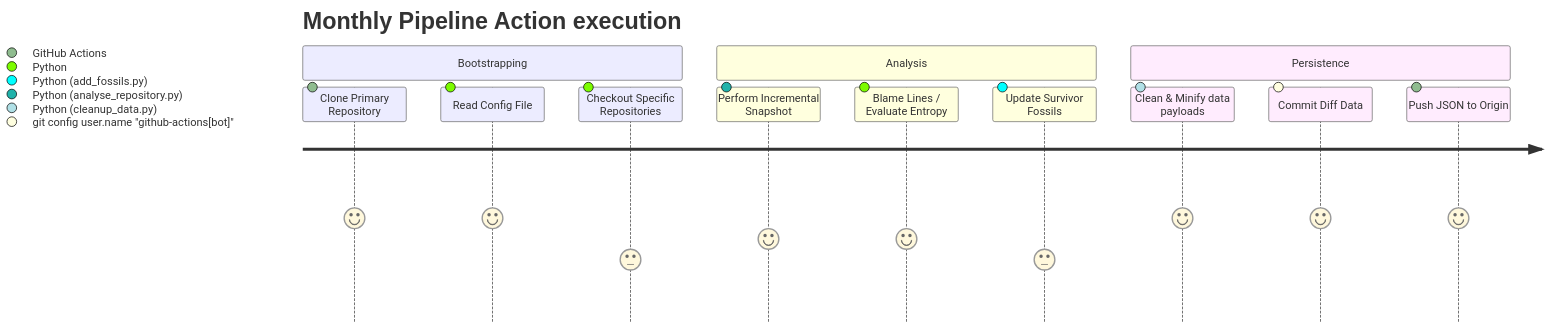
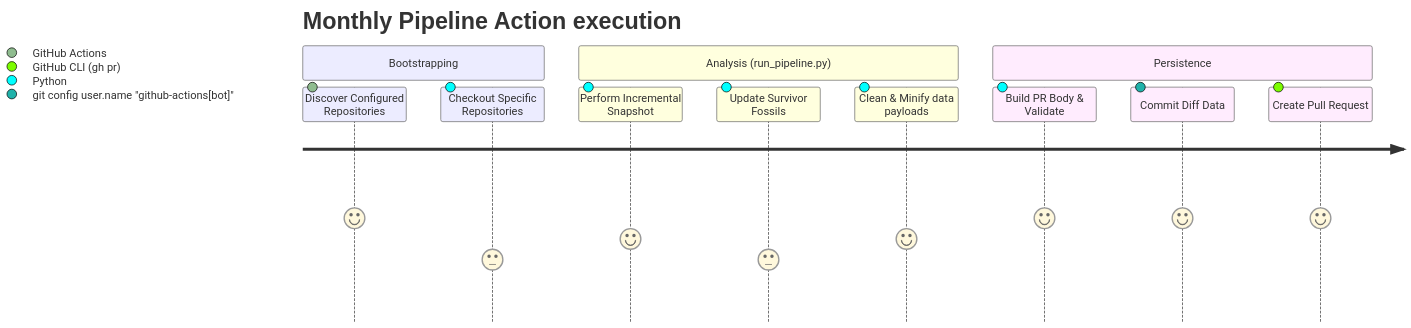
Before and after one commit to Asifdotexe/Theseus: the diagram in docs/DEVOPS.md, drawn with Mermaid. The commit also changed other lines of this file and 2 other files, not shown here.

````diff
--- a/docs/DEVOPS.md
+++ b/docs/DEVOPS.md
@@ -9,16 +9,15 @@
 ```mermaid
 journey
     title Monthly Pipeline Action execution
     section Bootstrapping
-      Clone Primary Repository: 5: GitHub Actions
-      Read Config File: 5: Python
+      Discover Configured Repositories: 5: GitHub Actions
       Checkout Specific Repositories: 3: Python
-    section Analysis
-      Perform Incremental Snapshot: 4: Python (analyse_repository.py)
-      Blame Lines / Evaluate Entropy: 4: Python
-      Update Survivor Fossils: 3: Python (add_fossils.py)
+    section Analysis (run_pipeline.py)
+      Perform Incremental Snapshot: 4: Python
+      Update Survivor Fossils: 3: Python
+      Clean & Minify data payloads: 4: Python
     section Persistence
-      Clean & Minify data payloads: 5: Python (cleanup_data.py)
+      Build PR Body & Validate: 5: Python
       Commit Diff Data: 5: git config user.name "github-actions[bot]"
-      Push JSON to Origin: 5: GitHub Actions
+      Create Pull Request: 5: GitHub CLI (gh pr)
 ```
````
